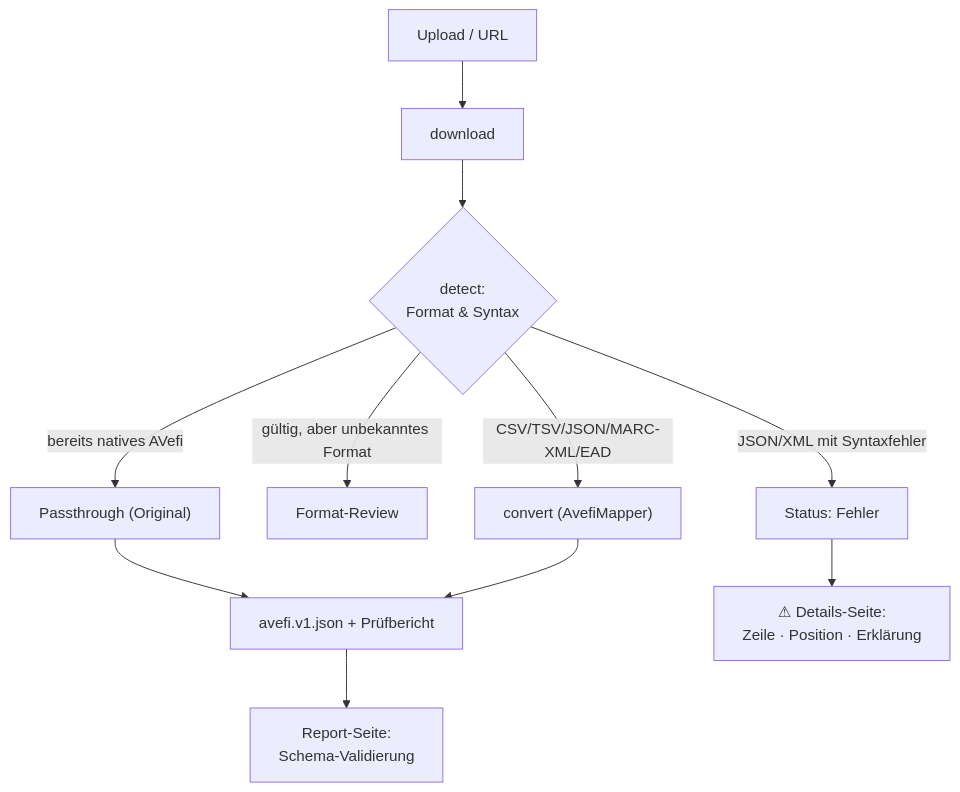
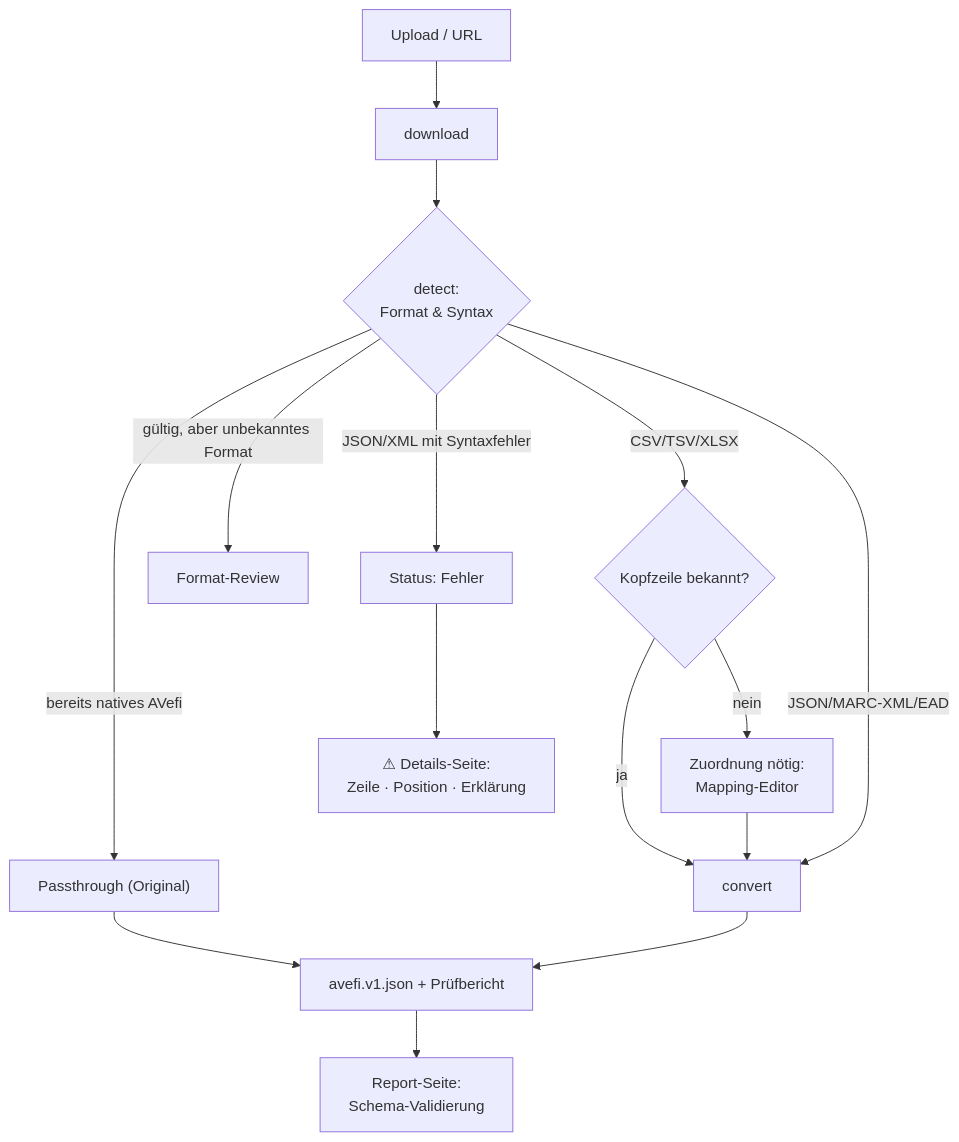
One commit to andreaskasper/avefi-importer changed the diagram in handbuch/02-importieren.md. Above: the diagram before and after it, drawn with Mermaid. The commit also changed other lines of this file and 6 other files, not shown here.

````diff
--- a/handbuch/02-importieren.md
+++ b/handbuch/02-importieren.md
@@ -53,13 +64,17 @@
 ```mermaid
 flowchart TD
     U["Upload / URL"] --> DL["download"]
     DL --> DET{"detect:<br/>Format &amp; Syntax"}
     DET -->|"JSON/XML mit Syntaxfehler"| ERR["Status: Fehler"]
     DET -->|"gültig, aber unbekanntes Format"| REV["Format-Review"]
     DET -->|"bereits natives AVefi"| PASS["Passthrough (Original)"]
-    DET -->|"CSV/TSV/JSON/MARC-XML/EAD"| CONV["convert (AvefiMapper)"]
+    DET -->|"CSV/TSV/XLSX"| MAP{"Kopfzeile bekannt?"}
+    MAP -->|"nein"| ZUO["Zuordnung nötig:<br/>Mapping-Editor"]
+    MAP -->|"ja"| CONV["convert"]
+    ZUO --> CONV
+    DET -->|"JSON/MARC-XML/EAD"| CONV
     PASS --> OUT["avefi.v1.json + Prüfbericht"]
     CONV --> OUT
     ERR --> DETAILS["⚠ Details-Seite:<br/>Zeile · Position · Erklärung"]
     OUT --> REPORT["Report-Seite:<br/>Schema-Validierung"]
 ```
````
